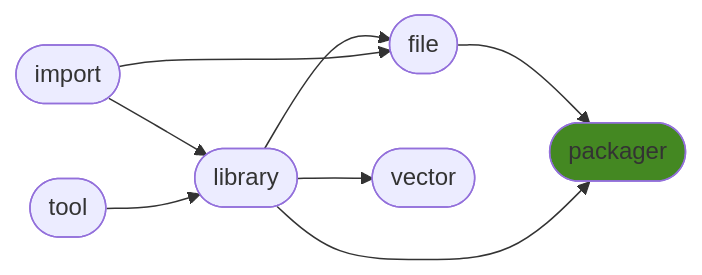
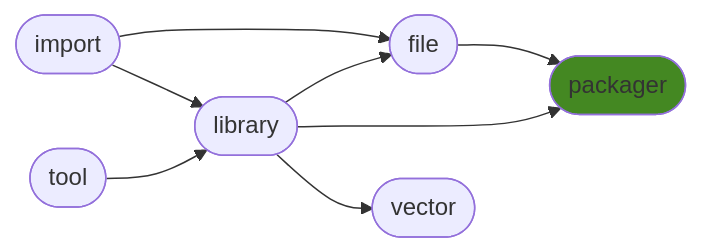
The diagram in README.md (ManderaGeneral/generalpackager), drawn with Mermaid before and after one commit. The commit also changed other lines of this file, not shown here.

````diff
--- a/README.md
+++ b/README.md
@@ -24,17 +24,17 @@
 ```mermaid
 flowchart LR
-3([file]) --> 5([packager])
-0([import]) --> 2([library])
+0([import]) --> 3([file])
 2([library]) --> 3([file])
 2([library]) --> 5([packager])
+0([import]) --> 2([library])
+1([tool]) --> 2([library])
+3([file]) --> 5([packager])
 2([library]) --> 4([vector])
-0([import]) --> 3([file])
-1([tool]) --> 2([library])
 click 0 "https://github.com/ManderaGeneral/generalimport"
 click 1 "https://github.com/ManderaGeneral/generaltool"
 click 2 "https://github.com/ManderaGeneral/generallibrary"
 click 3 "https://github.com/ManderaGeneral/generalfile"
 click 4 "https://github.com/ManderaGeneral/generalvector"
 click 5 "https://github.com/ManderaGeneral/generalpackager"
 style 5 fill:#482
 ```
````
